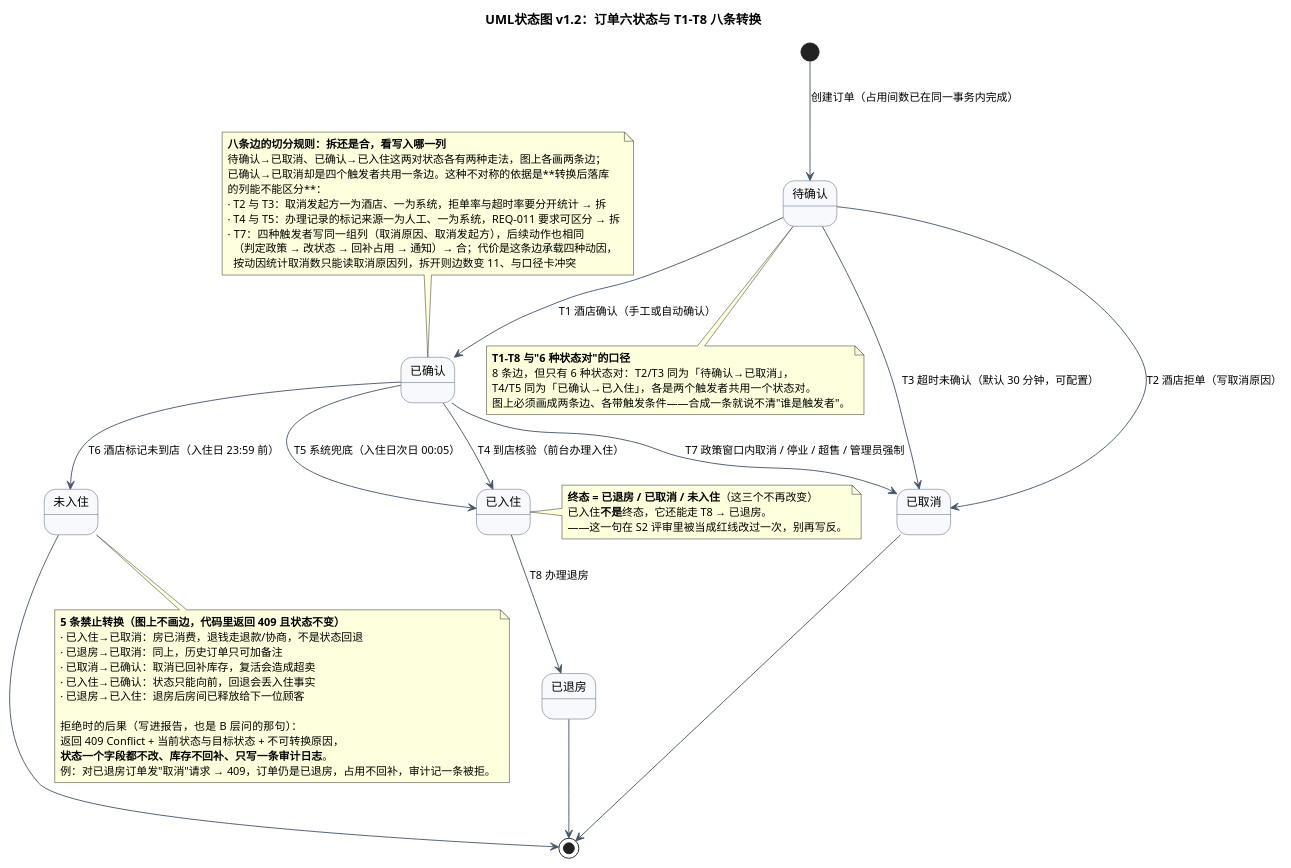
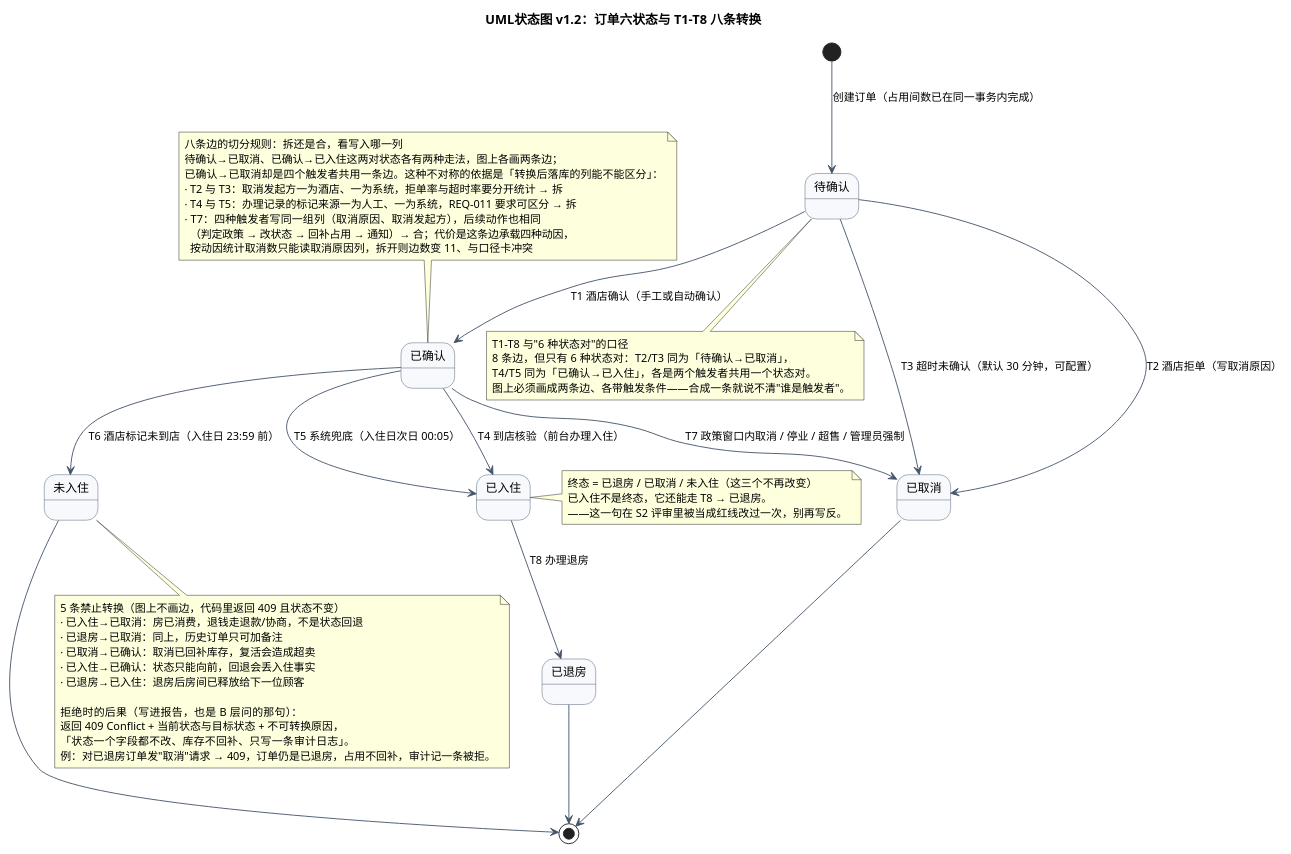
The diagram in exp2/UML/UML状态图.puml (ChenYiFanAccount/softeng-lab1-requirements), drawn with PlantUML before and after one commit. The commit also changed 15 other files, not shown here.

```diff
--- a/exp2/UML/UML状态图.puml
+++ b/exp2/UML/UML状态图.puml
@@ -1,83 +1,82 @@
 @startuml
 ' 版本：v1.2（2026-11-12，S3 行为图；补八条边的切分规则说明）
 ' 口径来源：exp2/设计基线/01_术语与追溯.md §2（六状态字典 + T1–T8 + 5 条禁止转换）、
 '           exp2/设计基线/03_数据设计.md §2.6（订单状态字段）
 ' 硬约束：状态 = 6 个，带触发的转换边 = 8 条（T1–T8），与口径卡"8 条边 / 6 种状态对"逐条一致；
 '         5 条禁止转换画在注释里，不画成边——画成边就等于允许，评审会直接判红线。
 title UML状态图 v1.2：订单六状态与 T1–T8 八条转换
 
 skinparam shadowing false
 skinparam defaultFontSize 12
 skinparam ArrowColor #44546A
 skinparam state {
   BackgroundColor #F7F9FC
   BorderColor #44546A
   FontSize 13
 }
 
 state "待确认" as PENDING
 state "已确认" as CONFIRMED
 state "已入住" as CHECKED_IN
 state "已退房" as CHECKED_OUT
 state "已取消" as CANCELLED
 state "未入住" as NO_SHOW
 
 [*] --> PENDING : 创建订单（占用间数已在同一事务内完成）
 
 ' ---------- T1–T3：待确认的两条出路 ----------
 PENDING --> CONFIRMED : T1 酒店确认（手工或自动确认）
 PENDING --> CANCELLED : T2 酒店拒单（写取消原因）
 PENDING --> CANCELLED : T3 超时未确认（默认 30 分钟，可配置）
 
 ' ---------- T4–T7：已确认的四条出路 ----------
 CONFIRMED --> CHECKED_IN : T4 到店核验（前台办理入住）
 CONFIRMED --> CHECKED_IN : T5 系统兜底（入住日次日 00:05）
 CONFIRMED --> NO_SHOW : T6 酒店标记未到店（入住日 23:59 前）
 CONFIRMED --> CANCELLED : T7 政策窗口内取消 / 停业 / 超售 / 管理员强制
 
 ' ---------- T8：已入住的唯一出路 ----------
 CHECKED_IN --> CHECKED_OUT : T8 办理退房
 
 CHECKED_OUT --> [*]
 CANCELLED --> [*]
 NO_SHOW --> [*]
 
 note bottom of PENDING
-  **T1–T8 与"6 种状态对"的口径**
+  T1–T8 与"6 种状态对"的口径
   8 条边，但只有 6 种状态对：T2/T3 同为「待确认→已取消」，
   T4/T5 同为「已确认→已入住」，各是两个触发者共用一个状态对。
   图上必须画成两条边、各带触发条件——合成一条就说不清"谁是触发者"。
 end note
 
 note right of CHECKED_IN
-  **终态 = 已退房 / 已取消 / 未入住**（这三个不再改变）
-  已入住**不是**终态，它还能走 T8 → 已退房。
+  终态 = 已退房 / 已取消 / 未入住（这三个不再改变）
+  已入住不是终态，它还能走 T8 → 已退房。
   ——这一句在 S2 评审里被当成红线改过一次，别再写反。
 end note
 
 note bottom of NO_SHOW
-  **5 条禁止转换（图上不画边，代码里返回 409 且状态不变）**
+  5 条禁止转换（图上不画边，代码里返回 409 且状态不变）
   · 已入住→已取消：房已消费，退钱走退款/协商，不是状态回退
   · 已退房→已取消：同上，历史订单只可加备注
   · 已取消→已确认：取消已回补库存，复活会造成超卖
   · 已入住→已确认：状态只能向前，回退会丢入住事实
   · 已退房→已入住：退房后房间已释放给下一位顾客
 
   拒绝时的后果（写进报告，也是 B 层问的那句）：
   返回 409 Conflict + 当前状态与目标状态 + 不可转换原因，
-  **状态一个字段都不改、库存不回补、只写一条审计日志**。
+  「状态一个字段都不改、库存不回补、只写一条审计日志」。
   例：对已退房订单发"取消"请求 → 409，订单仍是已退房，占用不回补，审计记一条被拒。
 end note
 
 note top of CONFIRMED
-  **八条边的切分规则：拆还是合，看写入哪一列**
+  八条边的切分规则：拆还是合，看写入哪一列
   待确认→已取消、已确认→已入住这两对状态各有两种走法，图上各画两条边；
-  已确认→已取消却是四个触发者共用一条边。这种不对称的依据是**转换后落库
-  的列能不能区分**：
+  已确认→已取消却是四个触发者共用一条边。这种不对称的依据是「转换后落库的列能不能区分」：
   · T2 与 T3：取消发起方一为酒店、一为系统，拒单率与超时率要分开统计 → 拆
   · T4 与 T5：办理记录的标记来源一为人工、一为系统，REQ-011 要求可区分 → 拆
   · T7：四种触发者写同一组列（取消原因、取消发起方），后续动作也相同
     （判定政策 → 改状态 → 回补占用 → 通知）→ 合；代价是这条边承载四种动因，
     按动因统计取消数只能读取消原因列，拆开则边数变 11、与口径卡冲突
 end note
 @enduml
```
